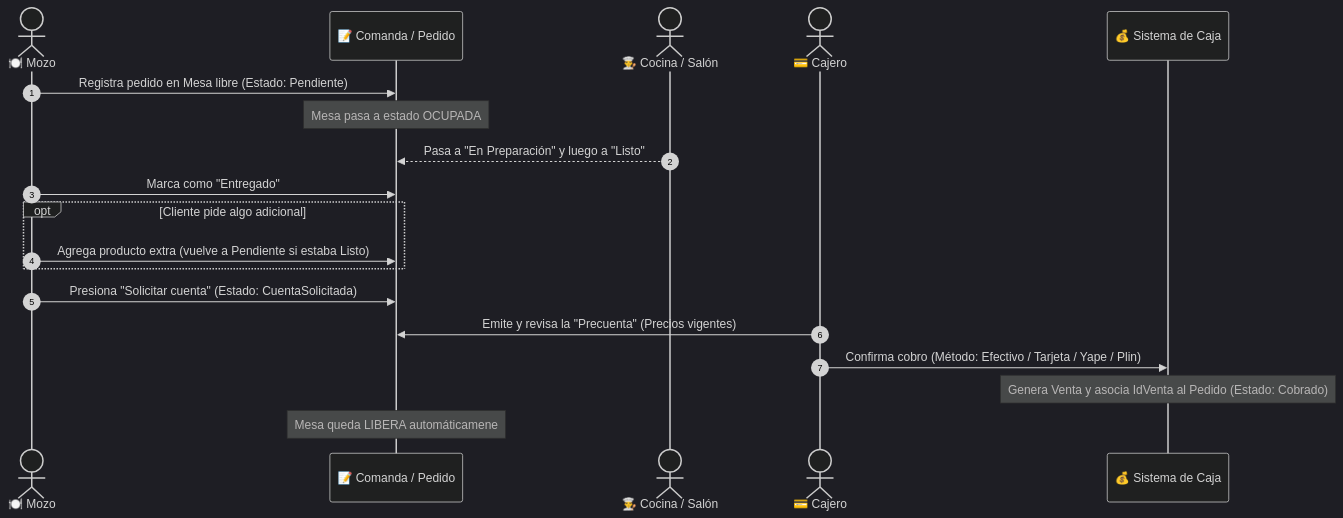
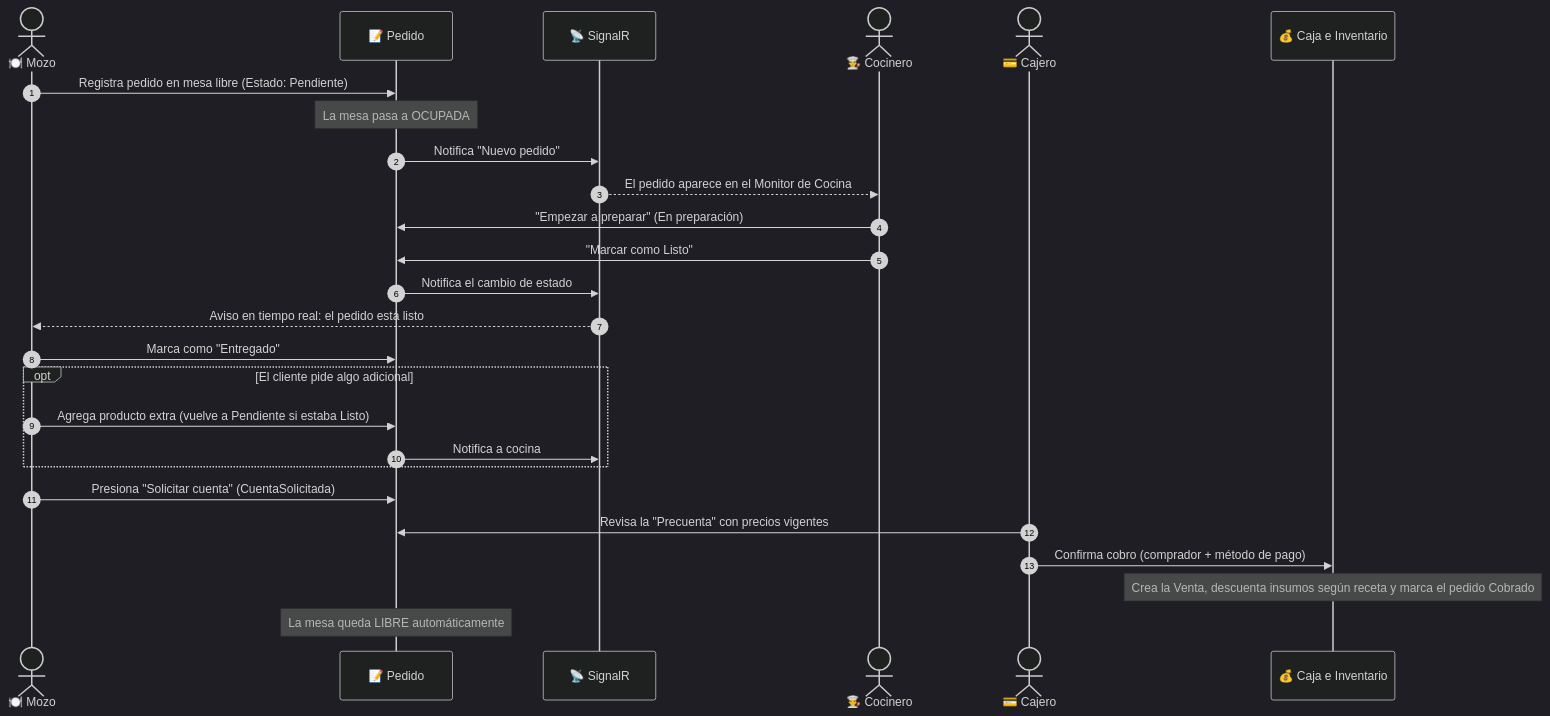
One commit to 3ckokill/SISTEMA-GESTION-POLLERIA changed the first of 2 diagrams in README.md. Above: the diagram before and after it, drawn with Mermaid (dark theme). The commit also changed other lines of this file, not shown here.

Commit message:
Readme +cocinero

````diff
--- a/README.md
+++ b/README.md
@@ -67,22 +73,29 @@
 ```mermaid
 sequenceDiagram
     autonumber
     actor Mozo as 🍽️ Mozo
-    participant Pedido as 📝 Comanda / Pedido
-    actor Cocina as 👨‍🍳 Cocina / Salón
+    participant Pedido as 📝 Pedido
+    participant Hub as 📡 SignalR
+    actor Cocinero as 👨‍🍳 Cocinero
     actor Cajero as 💳 Cajero
-    participant Caja as 💰 Sistema de Caja
+    participant Caja as 💰 Caja e Inventario
 
-    Mozo->>Pedido: Registra pedido en Mesa libre (Estado: Pendiente)
-    Note over Pedido: Mesa pasa a estado OCUPADA
-    Cocina-->>Pedido: Pasa a "En Preparación" y luego a "Listo"
+    Mozo->>Pedido: Registra pedido en mesa libre (Estado: Pendiente)
+    Note over Pedido: La mesa pasa a OCUPADA
+    Pedido->>Hub: Notifica "Nuevo pedido"
+    Hub-->>Cocinero: El pedido aparece en el Monitor de Cocina
+    Cocinero->>Pedido: "Empezar a preparar" (En preparación)
+    Cocinero->>Pedido: "Marcar como Listo"
+    Pedido->>Hub: Notifica el cambio de estado
+    Hub-->>Mozo: Aviso en tiempo real: el pedido está listo
     Mozo->>Pedido: Marca como "Entregado"
-    opt Cliente pide algo adicional
+    opt El cliente pide algo adicional
         Mozo->>Pedido: Agrega producto extra (vuelve a Pendiente si estaba Listo)
+        Pedido->>Hub: Notifica a cocina
     end
-    Mozo->>Pedido: Presiona "Solicitar cuenta" (Estado: CuentaSolicitada)
-    Cajero->>Pedido: Emite y revisa la "Precuenta" (Precios vigentes)
-    Cajero->>Caja: Confirma cobro (Método: Efectivo / Tarjeta / Yape / Plin)
-    Note over Caja: Genera Venta y asocia IdVenta al Pedido (Estado: Cobrado)
-    Note over Pedido: Mesa queda LIBERA automáticamene
+    Mozo->>Pedido: Presiona "Solicitar cuenta" (CuentaSolicitada)
+    Cajero->>Pedido: Revisa la "Precuenta" con precios vigentes
+    Cajero->>Caja: Confirma cobro (comprador + método de pago)
+    Note over Caja: Crea la Venta, descuenta insumos según receta y marca el pedido Cobrado
+    Note over Pedido: La mesa queda LIBRE automáticamente
 ```
````
